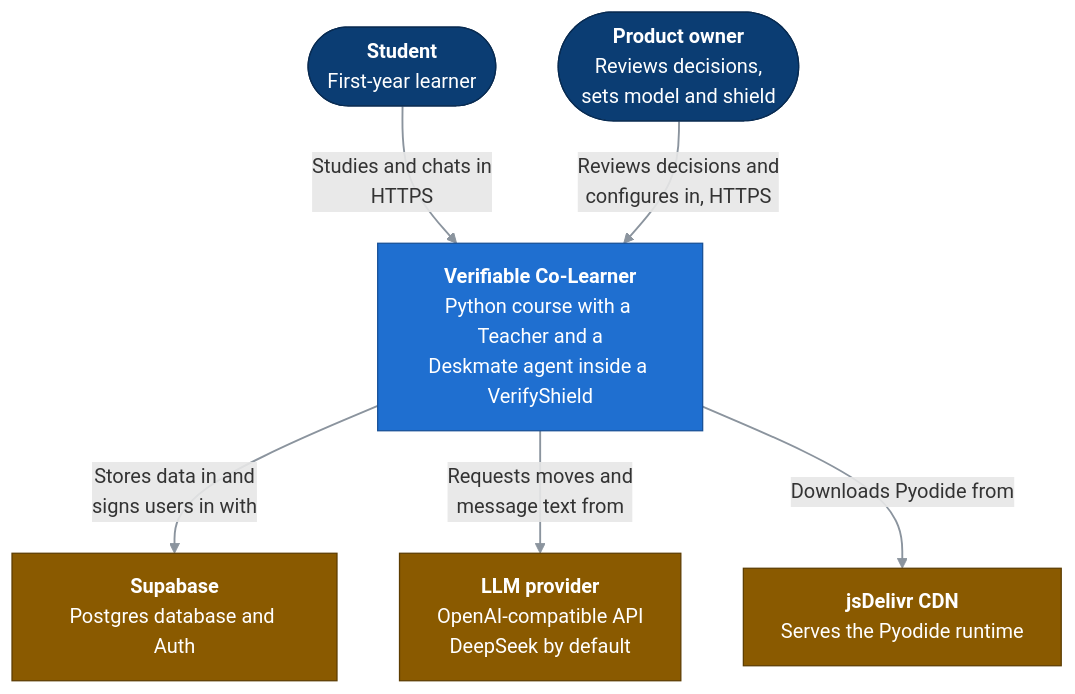
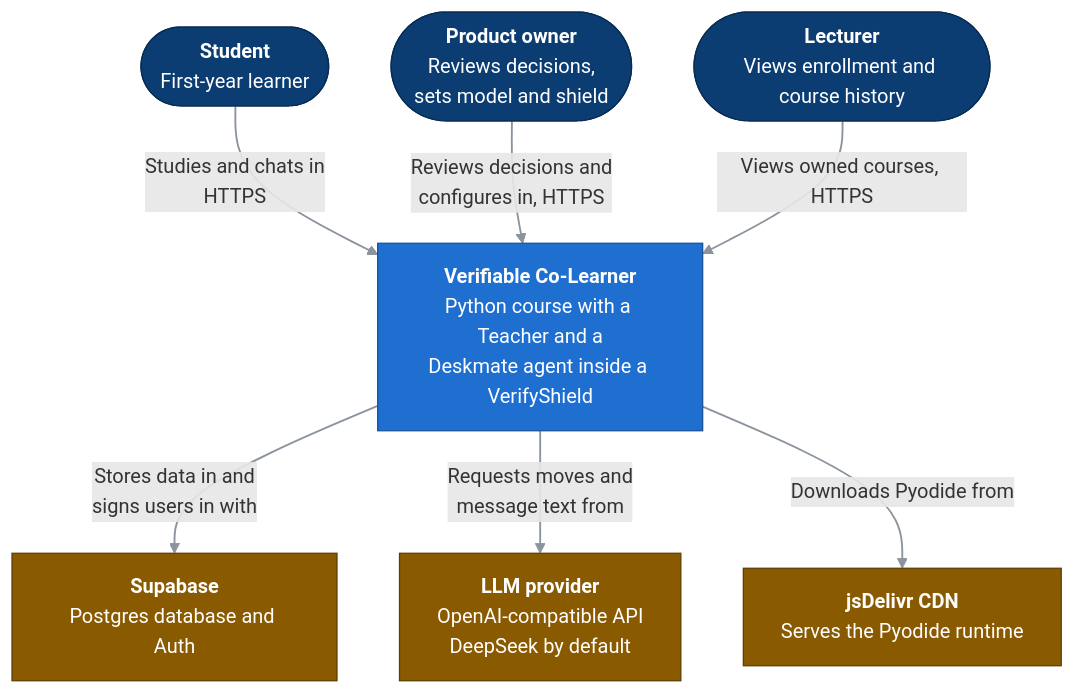
Before and after one commit to Bill2926/COS40005_HN9_Verifiable_Co-Learner_Agent: the diagram in docs/c4/01-context.md, drawn with Mermaid. The commit also changed other lines of this file and 20 other files, not shown here.

Commit message:
Show owned courses and enrollment counts to lecturers

````diff
--- a/docs/c4/01-context.md
+++ b/docs/c4/01-context.md
@@ -15,22 +15,24 @@
 ```mermaid
 flowchart TB
   classDef person fill:#0b3d73,stroke:#082b52,color:#ffffff
   classDef system fill:#1f6fd0,stroke:#164f96,color:#ffffff
   classDef ext fill:#8a5a00,stroke:#5c3c00,color:#ffffff
   linkStyle default stroke:#8b949e,stroke-width:1.5px
 
   student(["<b>Student</b><br/>First-year learner"]):::person
   owner(["<b>Product owner</b><br/>Reviews decisions,<br/>sets model and shield"]):::person
+  lecturer(["<b>Lecturer</b><br/>Views enrollment and course history"]):::person
 
   app["<b>Verifiable Co-Learner</b><br/>Python course with a Teacher and a<br/>Deskmate agent inside a VerifyShield"]:::system
 
   supabase["<b>Supabase</b><br/>Postgres database and Auth"]:::ext
   llm["<b>LLM provider</b><br/>OpenAI-compatible API<br/>DeepSeek by default"]:::ext
   cdn["<b>jsDelivr CDN</b><br/>Serves the Pyodide runtime"]:::ext
 
   student -->|"Studies and chats in<br/>HTTPS"| app
   owner -->|"Reviews decisions and<br/>configures in, HTTPS"| app
+  lecturer -->|"Views owned courses, HTTPS"| app
   app -->|"Stores data in and<br/>signs users in with"| supabase
   app -->|"Requests moves and<br/>message text from"| llm
   app -->|"Downloads Pyodide from"| cdn
 ```
````
